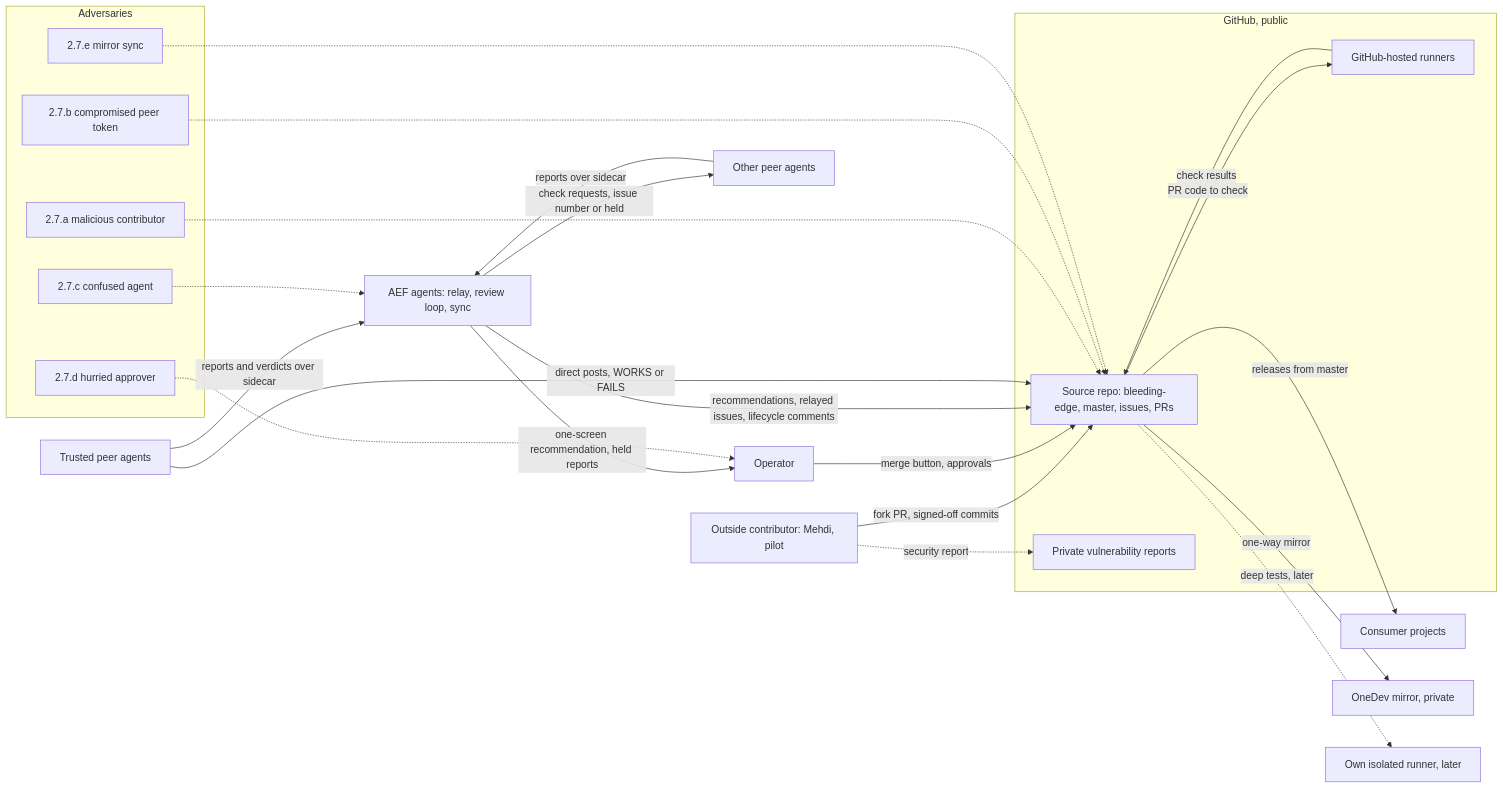
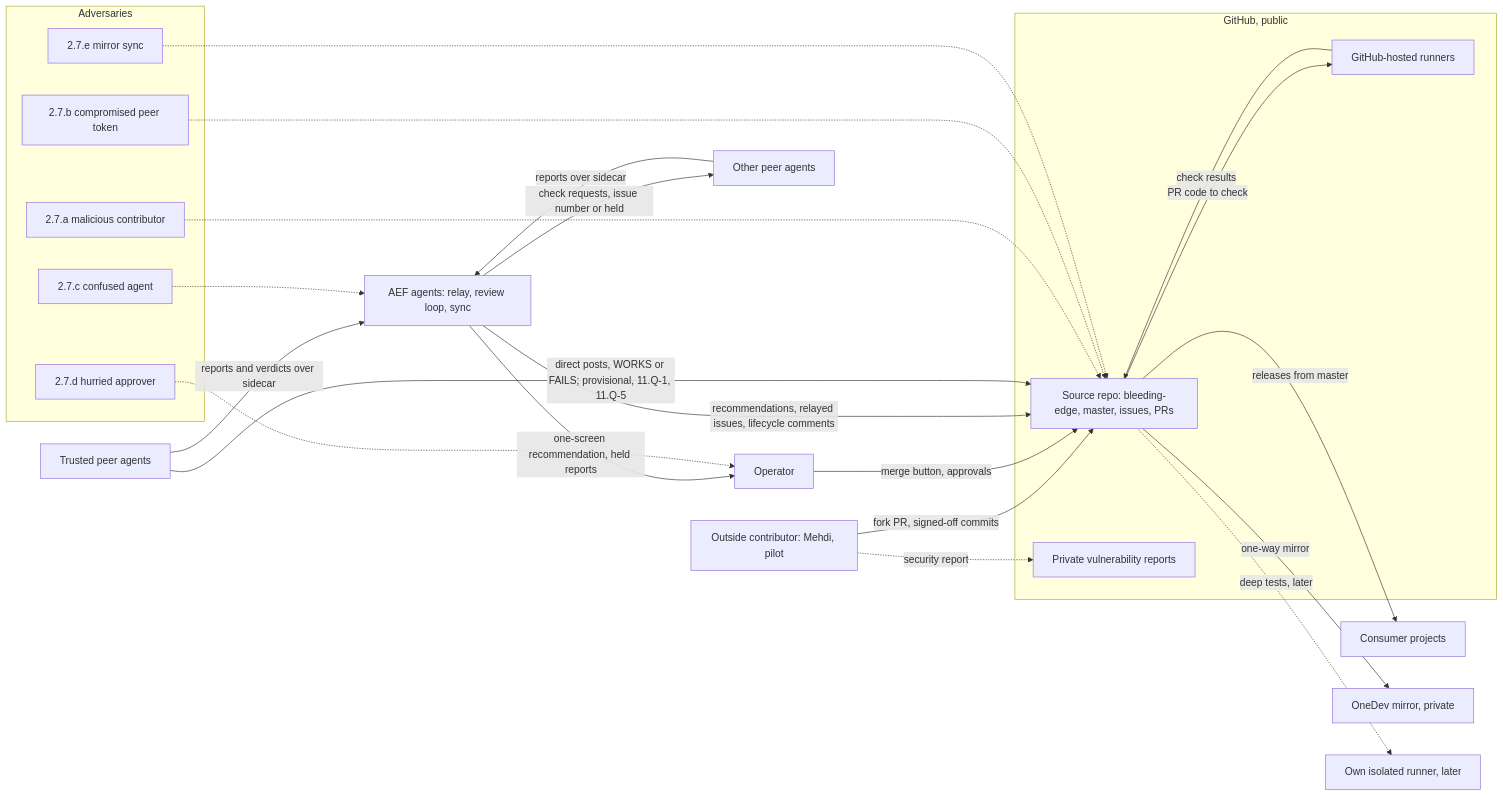
One commit to DimitriGeelen/agentic-engineering-framework changed the first of 3 diagrams in docs/reports/T-5006-requirements.md. Above: the diagram before and after it, drawn with Mermaid. The commit also changed other lines of this file, not shown here.

````diff
--- a/docs/reports/T-5006-requirements.md
+++ b/docs/reports/T-5006-requirements.md
@@ -862,42 +1019,42 @@
 ```mermaid
 flowchart LR
   OP["Operator"]
   MC["Outside contributor: Mehdi, pilot"]
   TP["Trusted peer agents"]
   PP["Other peer agents"]
   AEF["AEF agents: relay, review loop, sync"]
   CON["Consumer projects"]
   subgraph GH["GitHub, public"]
     SRC["Source repo: bleeding-edge, master, issues, PRs"]
     CI["GitHub-hosted runners"]
     PVR["Private vulnerability reports"]
   end
   OD["OneDev mirror, private"]
   OWN["Own isolated runner, later"]
   subgraph ADV["Adversaries"]
     X1["2.7.a malicious contributor"]
     X2["2.7.b compromised peer token"]
     X3["2.7.c confused agent"]
     X4["2.7.d hurried approver"]
     X5["2.7.e mirror sync"]
   end
   MC -->|"fork PR, signed-off commits"| SRC
   SRC -->|"PR code to check"| CI
   CI -->|"check results"| SRC
   OP -->|"merge button, approvals"| SRC
   AEF -->|"recommendations, relayed issues, lifecycle comments"| SRC
-  TP -->|"direct posts, WORKS or FAILS"| SRC
+  TP -->|"direct posts, WORKS or FAILS; provisional, 11.Q-1, 11.Q-5"| SRC
   PP -->|"reports over sidecar"| AEF
   TP -->|"reports and verdicts over sidecar"| AEF
   AEF -->|"check requests, issue number or held"| PP
   AEF -->|"one-screen recommendation, held reports"| OP
   SRC -->|"one-way mirror"| OD
   SRC -->|"releases from master"| CON
   MC -.->|"security report"| PVR
   SRC -.->|"deep tests, later"| OWN
   X1 -.-> SRC
   X2 -.-> SRC
   X3 -.-> AEF
   X4 -.-> OP
   X5 -.-> SRC
 ```
````
